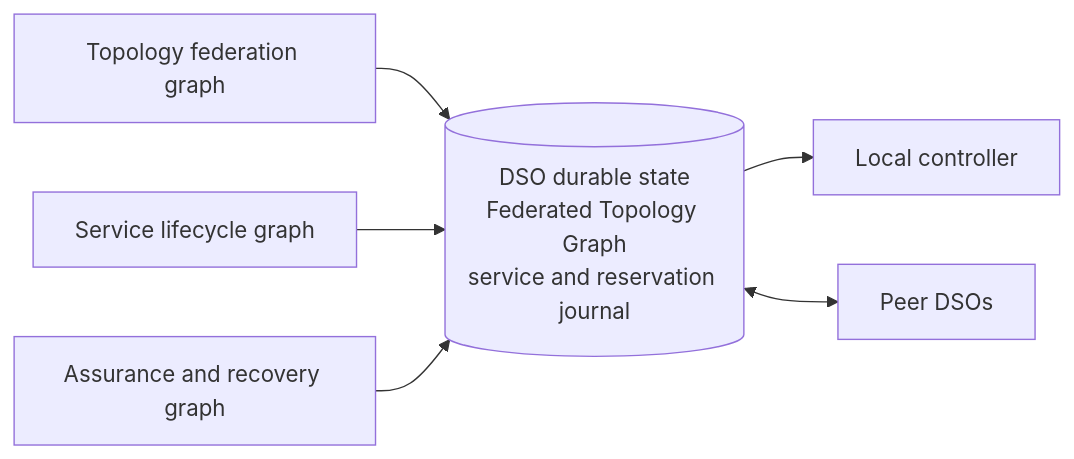
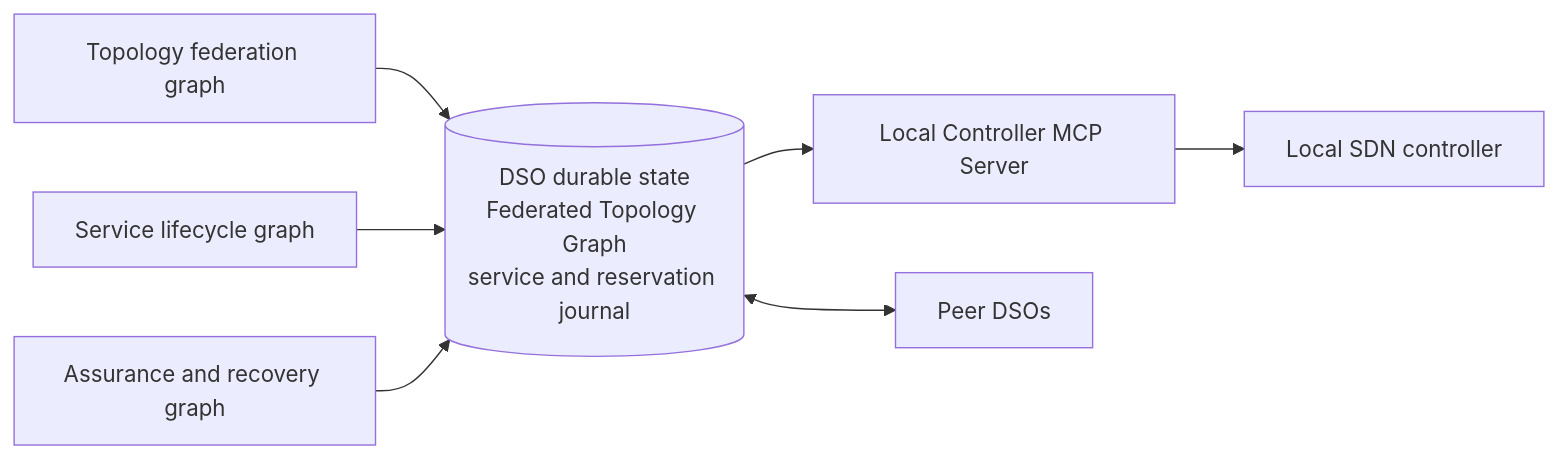
The tenth of 17 diagrams in docs/domain-agent-architecture.md (allenabishekGithub/inter-domain-automatedNetworking), drawn with Mermaid before and after one commit. The commit also changed other lines of this file and 2 other files, not shown here.

Commit message:
added cla, mcp, swarm agents optimization

````diff
--- a/docs/domain-agent-architecture.md
+++ b/docs/domain-agent-architecture.md
@@ -308,8 +477,9 @@
 ```mermaid
 flowchart LR
     T[Topology federation graph] --> G[(DSO durable state\nFederated Topology Graph\nservice and reservation journal)]
     S[Service lifecycle graph] --> G
     A[Assurance and recovery graph] --> G
-    G --> C[Local controller]
+    G --> M[Local Controller MCP Server]
+    M --> C[Local SDN controller]
     G <--> P[Peer DSOs]
 ```
````
